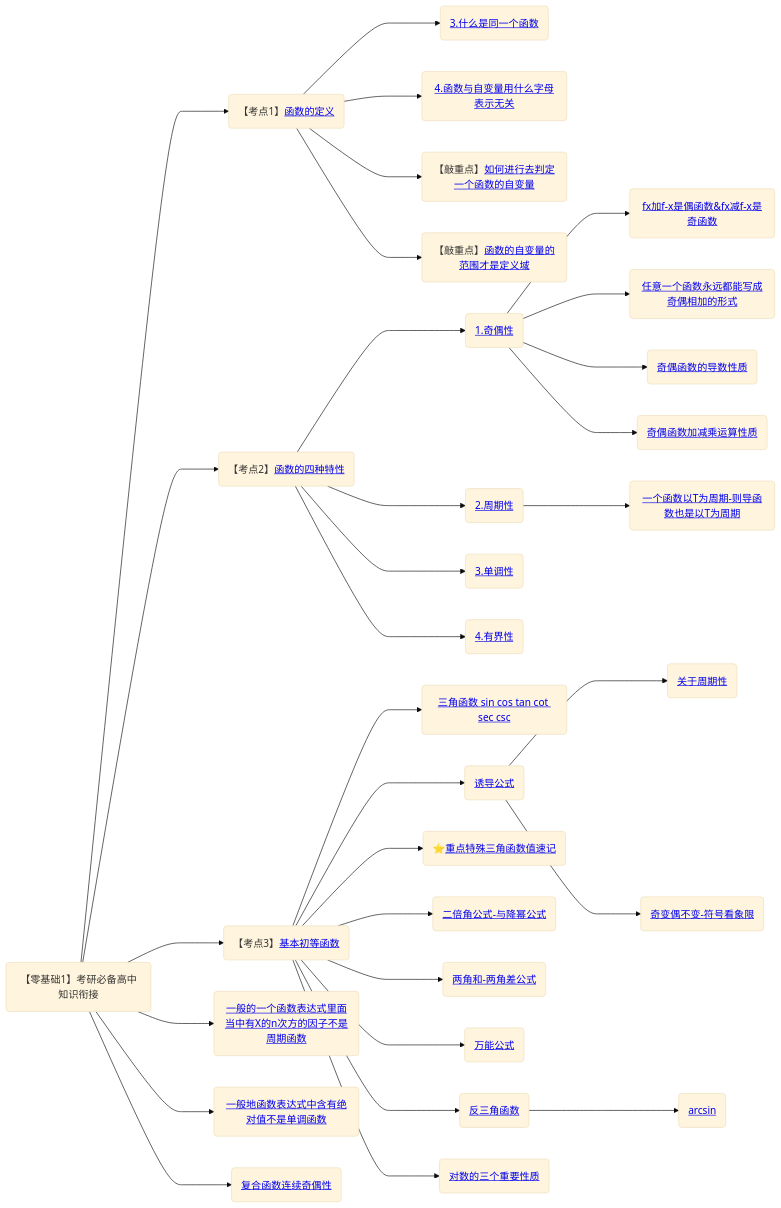
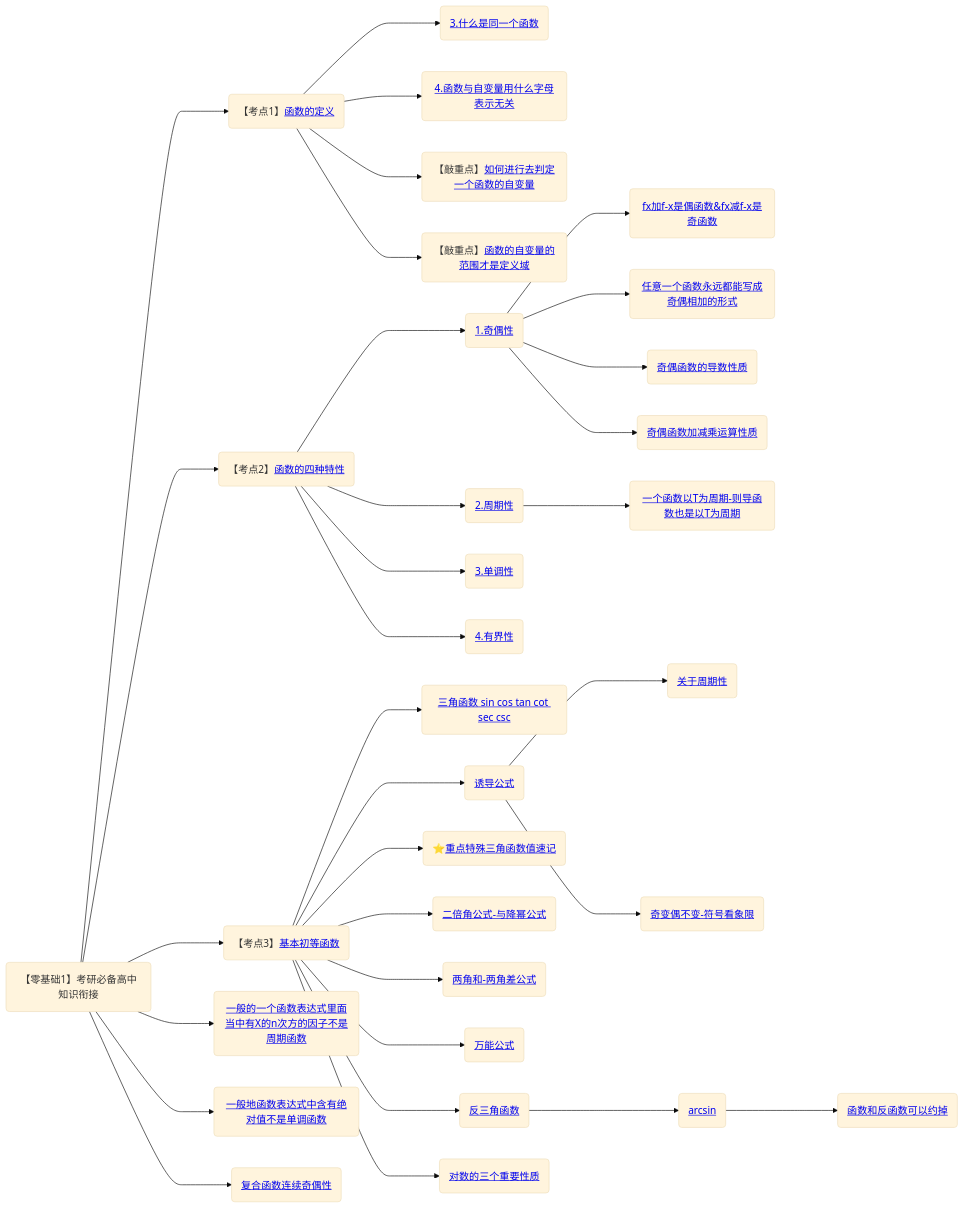
The second of 11 diagrams in 笔记/数学/周洋鑫/00.框架.md (yuebinghui/note), drawn with Mermaid (base theme) before and after one commit. The commit also changed 2 other files, not shown here.

Commit message:
Wed Sep 11 17:00:01 CST 2024

````diff
--- a/笔记/数学/周洋鑫/00.框架.md
+++ b/笔记/数学/周洋鑫/00.框架.md
@@ -11,47 +11,48 @@
 ```mermaid
 graph LR
 考研必备高中知识衔接(【零基础1】考研必备高中知识衔接)
 
 考研必备高中知识衔接--->函数的定义(【考点1】<a href="/Users/yuebinghui/Documents/program/github/note/笔记/数学/周洋鑫/02.零基础核心考点精讲1-1～2-1.md#函数的定义">函数的定义</>)
 函数的定义--->3.什么是同一个函数(<a href="/Users/yuebinghui/Documents/program/github/note/笔记/数学/周洋鑫/02.零基础核心考点精讲1-1～2-1.md#3.什么是同一个函数">3.什么是同一个函数</>)
 函数的定义--->4.函数与自变量用什么字母表示无关(<a href="/Users/yuebinghui/Documents/program/github/note/笔记/数学/周洋鑫/02.零基础核心考点精讲1-1～2-1.md#4.函数与自变量用什么字母表示无关">4.函数与自变量用什么字母表示无关</>)
 函数的定义--->如何进行去判定一个函数的自变量(【敲重点】<a href="/Users/yuebinghui/Documents/program/github/note/笔记/数学/周洋鑫/02.零基础核心考点精讲1-1～2-1.md#如何进行去判定一个函数的自变量">如何进行去判定一个函数的自变量</>)
 函数的定义--->函数的自变量的范围才是定义域(【敲重点】<a href="/Users/yuebinghui/Documents/program/github/note/笔记/数学/周洋鑫/02.零基础核心考点精讲1-1～2-1.md#函数的自变量的范围才是定义域">函数的自变量的范围才是定义域</>)
 
 考研必备高中知识衔接--->函数的四种特性(【考点2】<a href="/Users/yuebinghui/Documents/program/github/note/笔记/数学/周洋鑫/02.零基础核心考点精讲1-1～2-1.md#函数的四种特性">函数的四种特性</>)
 函数的四种特性--->1.奇偶性(<a href="/Users/yuebinghui/Documents/program/github/note/笔记/数学/周洋鑫/02.零基础核心考点精讲1-1～2-1.md#1.奇偶性">1.奇偶性</>)
 1.奇偶性--->fx加f-x是偶函数&fx减f-x是奇函数(<a href="/Users/yuebinghui/Documents/program/github/note/笔记/数学/周洋鑫/02.零基础核心考点精讲1-1～2-1.md#fx加f-x是偶函数&fx减f-x是奇函数">fx加f-x是偶函数&fx减f-x是奇函数</>)
 1.奇偶性--->任意一个函数永远都能写成奇偶相加的形式(<a href="/Users/yuebinghui/Documents/program/github/note/笔记/数学/周洋鑫/02.零基础核心考点精讲1-1～2-1.md#任意一个函数永远都能写成奇偶相加的形式">任意一个函数永远都能写成奇偶相加的形式</>)
 1.奇偶性--->奇偶函数的导数性质(<a href="/Users/yuebinghui/Documents/program/github/note/笔记/数学/周洋鑫/02.零基础核心考点精讲1-1～2-1.md#奇偶函数的导数性质">奇偶函数的导数性质</>)
 1.奇偶性--->奇偶函数加减乘运算性质(<a href="/Users/yuebinghui/Documents/program/github/note/笔记/数学/周洋鑫/02.零基础核心考点精讲1-1～2-1.md#奇偶函数加减乘运算性质">奇偶函数加减乘运算性质</>)
 函数的四种特性--->2.周期性(<a href="/Users/yuebinghui/Documents/program/github/note/笔记/数学/周洋鑫/02.零基础核心考点精讲1-1～2-1.md#2.周期性 ">2.周期性 </>)
 2.周期性--->一个函数以T为周期-则导函数也是以T为周期(<a href="/Users/yuebinghui/Documents/program/github/note/笔记/数学/周洋鑫/02.零基础核心考点精讲1-1～2-1.md#一个函数以T为周期-则导函数也是以T为周期">一个函数以T为周期-则导函数也是以T为周期</>)
 函数的四种特性--->3.单调性(<a href="/Users/yuebinghui/Documents/program/github/note/笔记/数学/周洋鑫/02.零基础核心考点精讲1-1～2-1.md#3.单调性">3.单调性</>)
 函数的四种特性--->4.有界性(<a href="/Users/yuebinghui/Documents/program/github/note/笔记/数学/周洋鑫/02.零基础核心考点精讲1-1～2-1.md#4.有界性">4.有界性</>)
 
 
 
 考研必备高中知识衔接--->基本初等函数(【考点3】<a href="/Users/yuebinghui/Documents/program/github/note/笔记/数学/周洋鑫/02.零基础核心考点精讲1-1～2-1.md#基本初等函数">基本初等函数</>)
 基本初等函数--->三角函数(<a href="/Users/yuebinghui/Documents/program/github/note/笔记/数学/周洋鑫/02.零基础核心考点精讲1-1～2-1.md#三角函数">三角函数 sin cos tan cot sec csc</>)
 基本初等函数--->诱导公式(<a href="/Users/yuebinghui/Documents/program/github/note/笔记/数学/周洋鑫/02.零基础核心考点精讲1-1～2-1.md#诱导公式">诱导公式</>)
 诱导公式--->关于周期性(<a href="/Users/yuebinghui/Documents/program/github/note/笔记/数学/周洋鑫/02.零基础核心考点精讲1-1～2-1.md#关于周期性">关于周期性</>)
 诱导公式--->奇变偶不变-符号看象限(<a href="/Users/yuebinghui/Documents/program/github/note/笔记/数学/周洋鑫/02.零基础核心考点精讲1-1～2-1.md#奇变偶不变-符号看象限">奇变偶不变-符号看象限</>)
 基本初等函数--->重点特殊三角函数值速记(⭐️<a href="/Users/yuebinghui/Documents/program/github/note/笔记/数学/周洋鑫/02.零基础核心考点精讲1-1～2-1.md#重点特殊三角函数值速记">重点特殊三角函数值速记</>)
 基本初等函数--->二倍角公式-与降幂公式(<a href="/Users/yuebinghui/Documents/program/github/note/笔记/数学/周洋鑫/02.零基础核心考点精讲1-1～2-1.md#二倍角公式-与降幂公式">二倍角公式-与降幂公式</>)
 基本初等函数--->两角和-两角差公式(<a href="/Users/yuebinghui/Documents/program/github/note/笔记/数学/周洋鑫/02.零基础核心考点精讲1-1～2-1.md#两角和-两角差公式">两角和-两角差公式</>)
 基本初等函数--->万能公式(<a href="/Users/yuebinghui/Documents/program/github/note/笔记/数学/周洋鑫/02.零基础核心考点精讲1-1～2-1.md#万能公式">万能公式</>)
 基本初等函数--->反三角函数(<a href="/Users/yuebinghui/Documents/program/github/note/笔记/数学/周洋鑫/02.零基础核心考点精讲1-1～2-1.md#反三角函数">反三角函数</>)
 反三角函数--->arcsin(<a href="/Users/yuebinghui/Documents/program/github/note/笔记/数学/周洋鑫/02.零基础核心考点精讲1-1～2-1.md#arcsin">arcsin</>)
+arcsin--->函数和反函数可以约掉(<a href="/Users/yuebinghui/Documents/program/github/note/笔记/数学/周洋鑫/02.零基础核心考点精讲1-1～2-1.md#函数和反函数可以约掉">函数和反函数可以约掉</>)
 
 基本初等函数--->对数的三个重要性质(<a href="/Users/yuebinghui/Documents/program/github/note/笔记/数学/周洋鑫/02.零基础核心考点精讲1-1～2-1.md#对数的三个重要性质">对数的三个重要性质</>)
 
 
 
 
 
 考研必备高中知识衔接--->一般的一个函数表达式里面当中有X的n次方的因子不是周期函数(<a href="/Users/yuebinghui/Documents/program/github/note/笔记/数学/周洋鑫/04.零基础核心考点精讲3-2.md#一般的一个函数表达式里面当中有X的n次方的因子不是周期函数">一般的一个函数表达式里面当中有X的n次方的因子不是周期函数</>)
 考研必备高中知识衔接--->一般地函数表达式中含有绝对值不是单调函数(<a href="/Users/yuebinghui/Documents/program/github/note/笔记/数学/周洋鑫/04.零基础核心考点精讲3-2.md#一般地函数表达式中含有绝对值不是单调函数">一般地函数表达式中含有绝对值不是单调函数</>)
 考研必备高中知识衔接--->复合函数连续奇偶性(<a href="/Users/yuebinghui/Documents/program/github/note/笔记/数学/周洋鑫/05.1.零基础核心考点精讲4-2.md#复合函数连续奇偶性">复合函数连续奇偶性</>)
 
 
 ```
````
